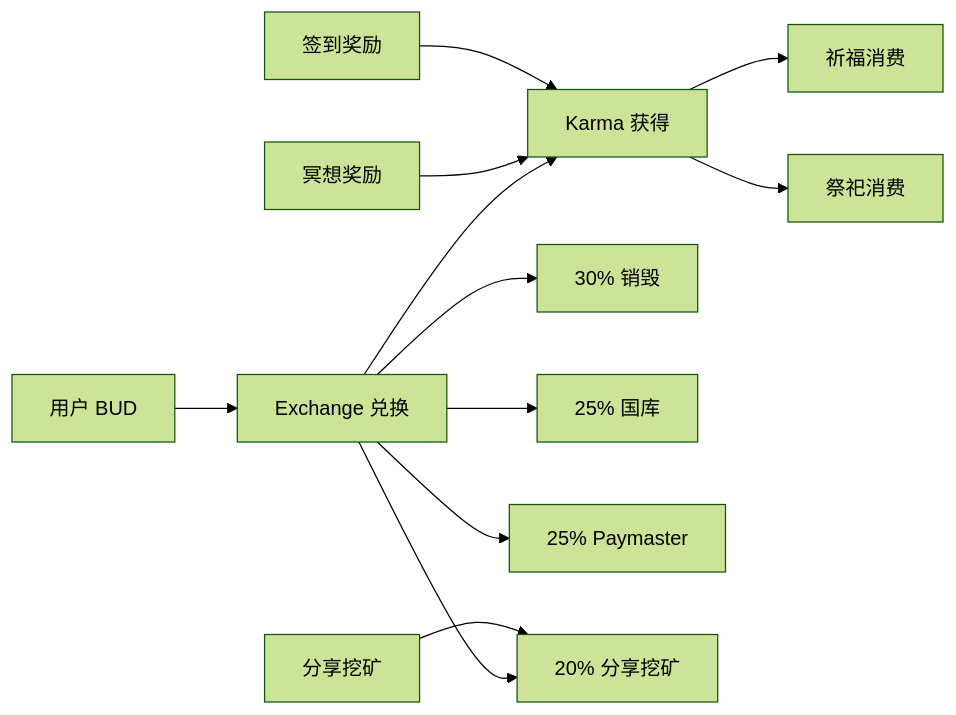
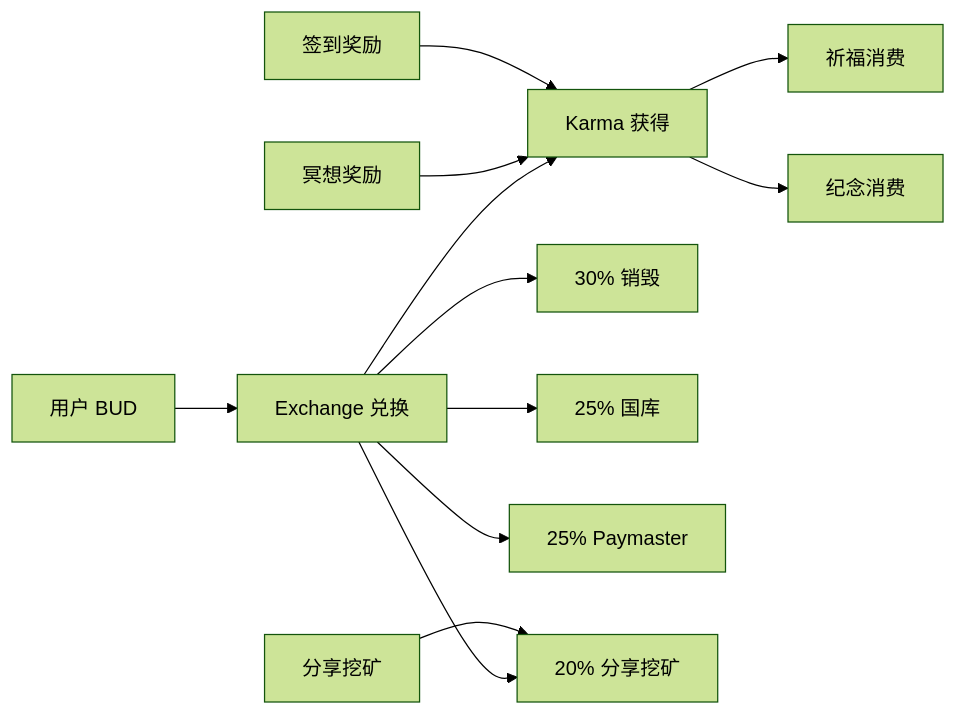
One commit to lao-sha/buddhaland changed the second of 2 diagrams in 佛境文档.md. Above: the diagram before and after it, drawn with Mermaid (forest theme). The commit also changed other lines of this file and 15 other files, not shown here.

````diff
--- a/佛境文档.md
+++ b/佛境文档.md
@@ -327,16 +345,16 @@
 ```mermaid
 graph LR
     A[用户 BUD] --> B[Exchange 兑换]
     B --> C[Karma 获得]
     B --> D[30% 销毁]
     B --> E[25% 国库]
     B --> F[25% Paymaster]
     B --> G[20% 分享挖矿]
     
     C --> H[祈福消费]
-    C --> I[祭祀消费]
+    C --> I[纪念消费]
     
     J[冥想奖励] --> C
     K[签到奖励] --> C
     L[分享挖矿] --> G
 ```
````
